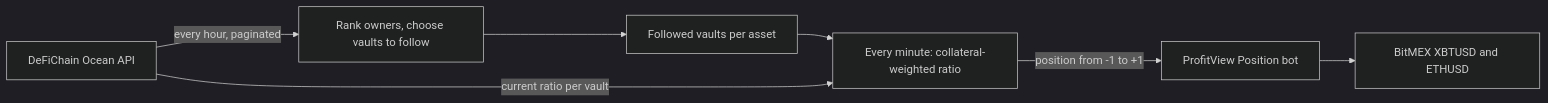
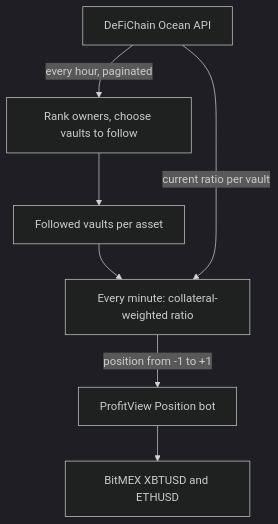
One commit to rthickling/vault-face changed the diagram in README.md. Above: the diagram before and after it, drawn with Mermaid (dark theme).

Commit message:
Lay out the README diagram top to bottom so its text stays legible

````diff
--- a/README.md
+++ b/README.md
@@ -26,9 +26,9 @@
 ```mermaid
-flowchart LR
+flowchart TD
     Ocean["DeFiChain Ocean API"] -->|"every hour, paginated"| Refresh["Rank owners, choose vaults to follow"]
     Refresh --> Followed["Followed vaults per asset"]
     Followed --> Minute["Every minute: collateral-weighted ratio"]
     Ocean -->|"current ratio per vault"| Minute
     Minute -->|"position from -1 to +1"| PV["ProfitView Position bot"]
     PV --> BitMEX["BitMEX XBTUSD and ETHUSD"]
 ```
````
